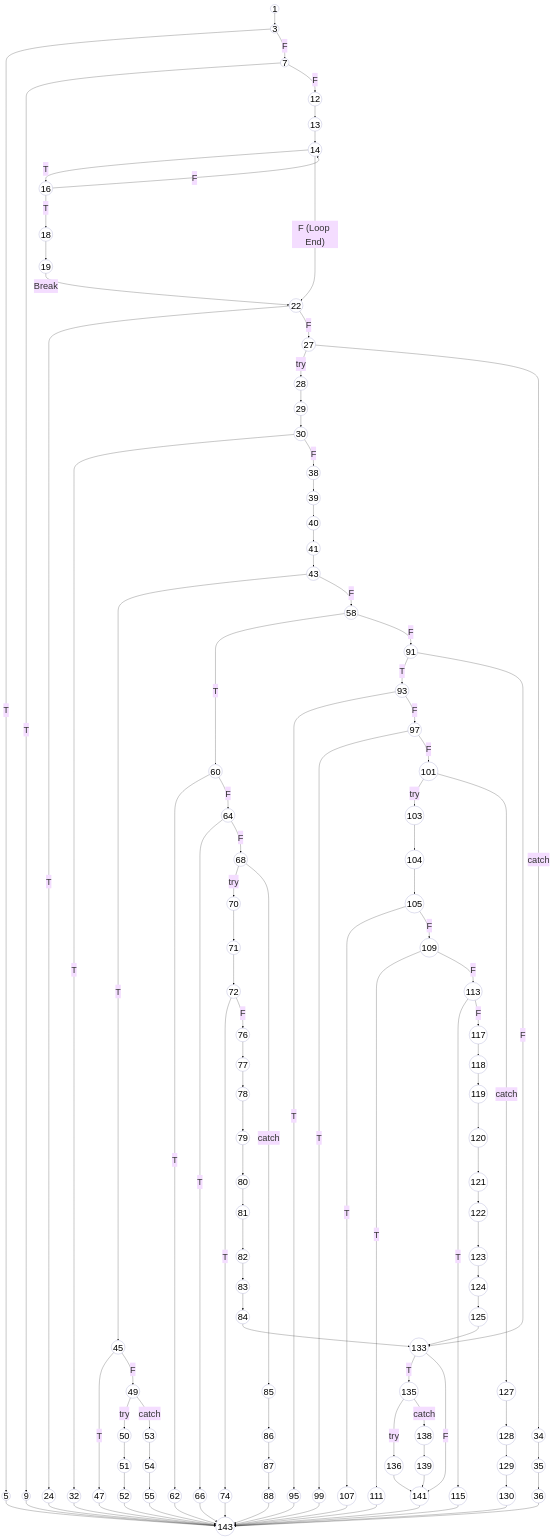
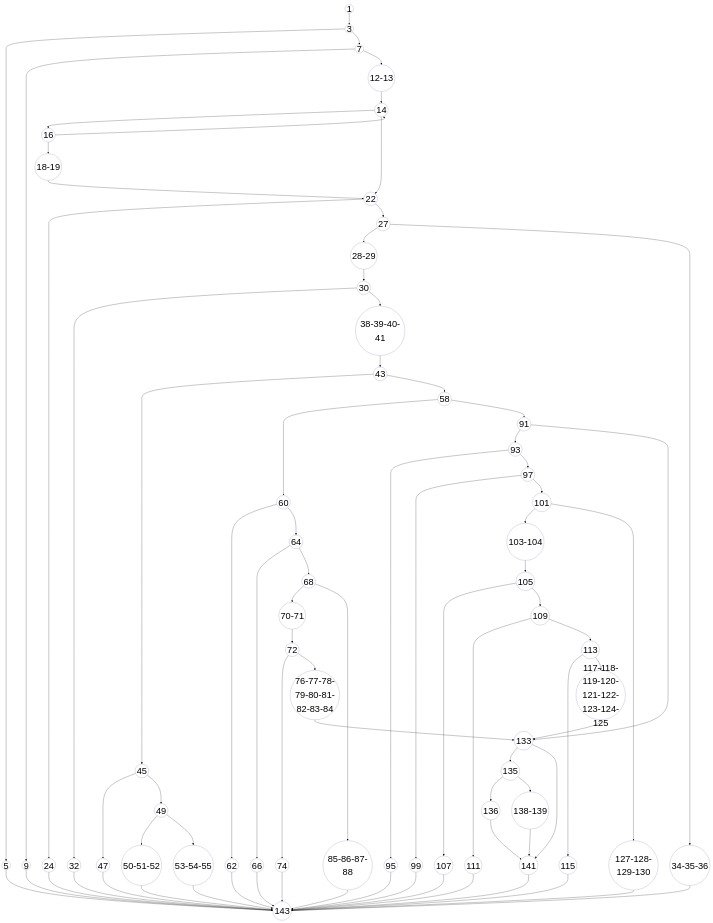
One commit to aryanhrc3428/Semester-5 changed the diagram in SE/ideathon/pseudocode/flowcharts/UC-06.mmd. Above: the diagram before and after it, drawn with Mermaid. The commit also changed 46 other files, not shown here.

```diff
--- a/SE/ideathon/pseudocode/flowcharts/UC-06.mmd
+++ b/SE/ideathon/pseudocode/flowcharts/UC-06.mmd
@@ -1,172 +1,130 @@
 ---
 config:
   theme: base
   themeVariables:
     fontSize: '40px'
 ---
 graph TD
     %% Base styling matching the reference CFG style
     classDef default fill:none,stroke:#a3a3d1,stroke-width:1.5px,color:#000;
     
     1((1)) --> 3((3))
     
-    3 -- T --> 5((5))
-    3 -- F --> 7((7))
+    3 --> 5((5))
+    3 --> 7((7))
     
-    7 -- T --> 9((9))
-    7 -- F --> 12((12))
+    7 --> 9((9))
+    7 --> 12-13((12-13))
     
-    12 --> 13((13))
-    13 --> 14((14))
+    12-13 --> 14((14))
     
-    14 -- T --> 16((16))
-    14 -- F (Loop End) --> 22((22))
+    14 --> 16((16))
+    14 --> 22((22))
     
-    16 -- T --> 18((18))
-    16 -- F --> 14
+    16 --> 18-19((18-19))
+    16 --> 14
     
-    18 --> 19((19))
-    19 -- Break --> 22
+    18-19 --> 22
     
-    22 -- T --> 24((24))
-    22 -- F --> 27((27))
+    22 --> 24((24))
+    22 --> 27((27))
     
-    27 -- try --> 28((28))
-    27 -- catch --> 34((34))
+    27 --> 28-29((28-29))
+    27 --> 34-35-36((34-35-36))
     
-    28 --> 29((29))
-    29 --> 30((30))
+    28-29 --> 30((30))
     
-    30 -- T --> 32((32))
-    30 -- F --> 38((38))
+    30 --> 32((32))
+    30 --> 38-39-40-41((38-39-40-41))
     
-    34 --> 35((35))
-    35 --> 36((36))
-    
-    38 --> 39((39))
-    39 --> 40((40))
-    40 --> 41((41))
-    41 --> 43((43))
+    38-39-40-41 --> 43((43))
     
     %% Branch A: View Available Slots
-    43 -- T --> 45((45))
-    43 -- F --> 58((58))
+    43 --> 45((45))
+    43 --> 58((58))
     
-    45 -- T --> 47((47))
-    45 -- F --> 49((49))
+    45 --> 47((47))
+    45 --> 49((49))
     
-    49 -- try --> 50((50))
-    49 -- catch --> 53((53))
+    49 --> 50-51-52((50-51-52))
+    49 --> 53-54-55((53-54-55))
     
-    50 --> 51((51))
-    51 --> 52((52))
-    
-    53 --> 54((54))
-    54 --> 55((55))
     
     %% Branch B: Request Slot
-    58 -- T --> 60((60))
-    58 -- F --> 91((91))
+    58 --> 60((60))
+    58 --> 91((91))
     
-    60 -- T --> 62((62))
-    60 -- F --> 64((64))
+    60 --> 62((62))
+    60 --> 64((64))
     
-    64 -- T --> 66((66))
-    64 -- F --> 68((68))
+    64 --> 66((66))
+    64 --> 68((68))
     
-    68 -- try --> 70((70))
-    68 -- catch --> 85((85))
+    68 --> 70-71((70-71))
+    68 --> 85-86-87-88((85-86-87-88))
     
-    70 --> 71((71))
-    71 --> 72((72))
+    70-71 --> 72((72))
     
-    72 -- T --> 74((74))
-    72 -- F --> 76((76))
+    72 --> 74((74))
+    72 --> 76-77-78-79-80-81-82-83-84((76-77-78-79-80-81-82-83-84))
     
-    76 --> 77((77))
-    77 --> 78((78))
-    78 --> 79((79))
-    79 --> 80((80))
-    80 --> 81((81))
-    81 --> 82((82))
-    82 --> 83((83))
-    83 --> 84((84))
-    
-    84 --> 133((133))
-    
-    85 --> 86((86))
-    86 --> 87((87))
-    87 --> 88((88))
+    76-77-78-79-80-81-82-83-84 --> 133((133))
     
     %% Branch C: Accept Meeting
-    91 -- T --> 93((93))
-    91 -- F --> 133
+    91 --> 93((93))
+    91 --> 133
     
-    93 -- T --> 95((95))
-    93 -- F --> 97((97))
+    93 --> 95((95))
+    93 --> 97((97))
     
-    97 -- T --> 99((99))
-    97 -- F --> 101((101))
+    97 --> 99((99))
+    97 --> 101((101))
     
-    101 -- try --> 103((103))
-    101 -- catch --> 127((127))
+    101 --> 103-104((103-104))
+    101 --> 127-128-129-130((127-128-129-130))
     
-    103 --> 104((104))
-    104 --> 105((105))
+    103-104 --> 105((105))
     
-    105 -- T --> 107((107))
-    105 -- F --> 109((109))
+    105 --> 107((107))
+    105 --> 109((109))
     
-    109 -- T --> 111((111))
-    109 -- F --> 113((113))
+    109 --> 111((111))
+    109 --> 113((113))
     
-    113 -- T --> 115((115))
-    113 -- F --> 117((117))
+    113 --> 115((115))
+    113 --> 117-118-119-120-121-122-123-124-125((117-118-119-120-121-122-123-124-125))
     
-    117 --> 118((118))
-    118 --> 119((119))
-    119 --> 120((120))
-    120 --> 121((121))
-    121 --> 122((122))
-    122 --> 123((123))
-    123 --> 124((124))
-    124 --> 125((125))
+    117-118-119-120-121-122-123-124-125 --> 133
     
-    125 --> 133
-    
-    127 --> 128((128))
-    128 --> 129((129))
-    129 --> 130((130))
     
     %% Async Notification
-    133 -- T --> 135((135))
-    133 -- F --> 141((141))
+    133 --> 135((135))
+    133 --> 141((141))
     
-    135 -- try --> 136((136))
-    135 -- catch --> 138((138))
+    135 --> 136((136))
+    135 --> 138-139((138-139))
     
     136 --> 141
     
-    138 --> 139((139))
-    139 --> 141
+    138-139 --> 141
     
     %% Terminal error returns and catches syncing to the final end node (143)
     5 --> 143((143))
     9 --> 143
     24 --> 143
     32 --> 143
-    36 --> 143
+    34-35-36 --> 143
     47 --> 143
-    52 --> 143
-    55 --> 143
+    50-51-52 --> 143
+    53-54-55 --> 143
     62 --> 143
     66 --> 143
     74 --> 143
-    88 --> 143
+    85-86-87-88 --> 143
     95 --> 143
     99 --> 143
     107 --> 143
     111 --> 143
     115 --> 143
-    130 --> 143
+    127-128-129-130 --> 143
     141 --> 143
```
